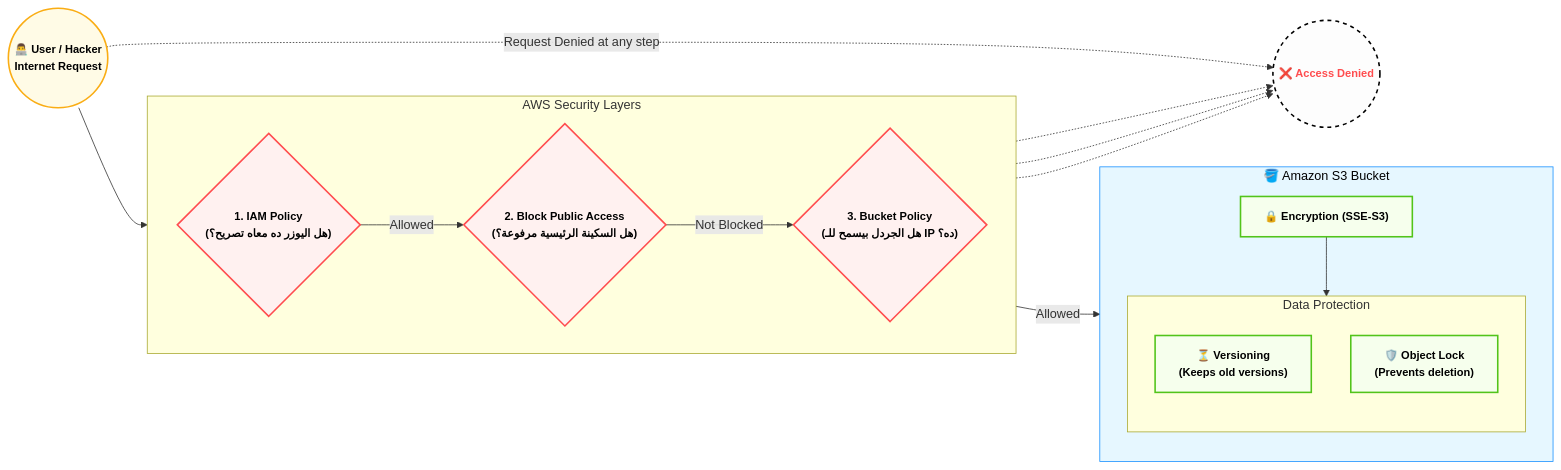
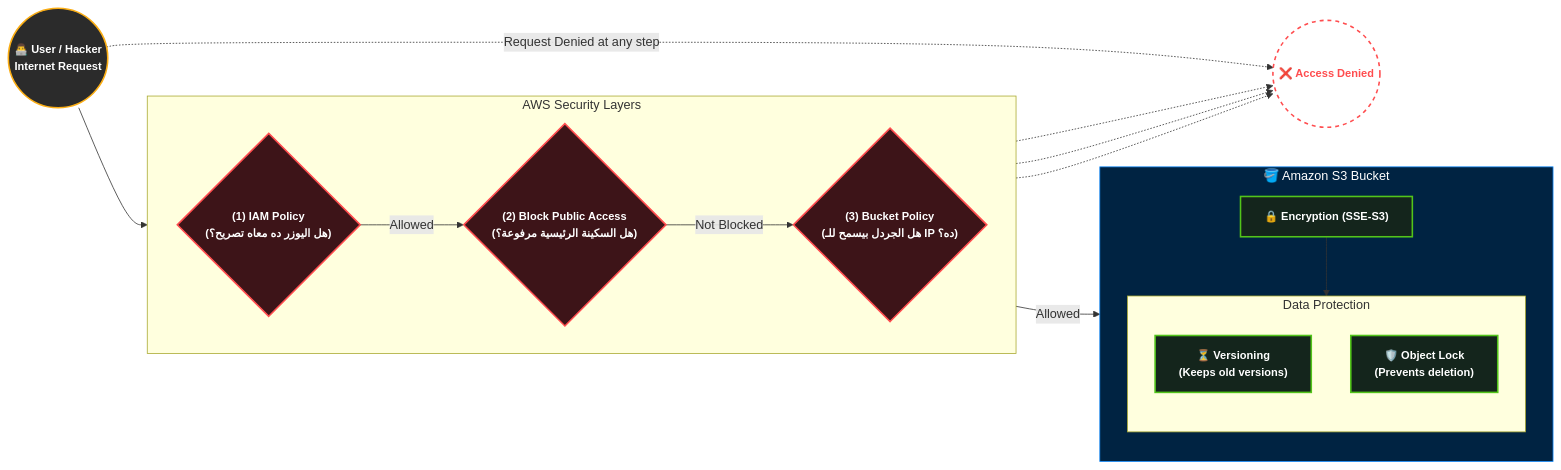
One commit to muhammad-khaled-tech/My-Study-Notes changed diagram 11 of 16 in Domain 3.md. Above: the diagram before and after it, drawn with Mermaid. The commit also changed 2 other files, not shown here.

Commit message:
vault backup: 2026-06-02 13:41:34

````diff
--- a/Domain 3.md
+++ b/Domain 3.md
@@ -1109,49 +1109,52 @@
 ```mermaid
 flowchart LR
+
     classDef default font-weight:bold,font-size:14px,stroke-width:2px;
-
-    User(("👨‍💻 User / Hacker</br>Internet Request"))
+    
+    User(("👨‍💻 User / Hacker<br>Internet Request"))
 
     subgraph AWS_Cloud ["AWS Security Layers"]
         direction LR
 
-        IAM{"1. IAM Policy</br>(هل اليوزر ده معاه تصريح؟)"}
-        BPA{"2. Block Public Access</br>(هل السكينة الرئيسية مرفوعة؟)"}
-        BP{"3. Bucket Policy</br>(هل الجردل بيسمح للـ IP ده؟)"}
+        IAM{"(1) IAM Policy<br>(هل اليوزر ده معاه تصريح؟)"}
+        BPA{"(2) Block Public Access<br>(هل السكينة الرئيسية مرفوعة؟)"}
+        BP{"(3) Bucket Policy<br>(هل الجردل بيسمح للـ IP ده؟)"}
     end
 
     subgraph S3_Bucket ["🪣 Amazon S3 Bucket"]
         direction TB
         
         Encrypt["🔒 Encryption (SSE-S3)"]
         
         subgraph Objects ["Data Protection"]
             direction TB
-            V["⏳ Versioning</br>(Keeps old versions)"]
-            WORM["🛡️ Object Lock</br>(Prevents deletion)"]
+            V["⏳ Versioning<br>(Keeps old versions)"]
+            WORM["🛡️ Object Lock<br>(Prevents deletion)"]
         end
         Encrypt --> Objects
     end
 
+    %% التوصيلات
     User --> IAM
     IAM -->|Allowed| BPA
     BPA -->|Not Blocked| BP
     BP -->|Allowed| S3_Bucket
 
     User -.->|Request Denied at any step| Blocked(("❌ Access Denied"))
     IAM -.-> Blocked
     BPA -.-> Blocked
     BP -.-> Blocked
 
-    classDef user fill:#fffbe6,stroke:#faad14,color:#000;
-    classDef security fill:#fff1f0,stroke:#ff4d4f,color:#000;
-    classDef bucket fill:#e6f7ff,stroke:#1890ff,color:#000;
-    classDef internal fill:#f6ffed,stroke:#52c41a,color:#000;
-    classDef block fill:#fdfdfd,stroke:#000,color:#ff4d4f,stroke-dasharray: 5 5;
+    %% ستايلات متوافقة مع المظهر الداكن (Dark Mode)
+    classDef user fill:#2b2b2b,stroke:#faad14,color:#fff;
+    classDef security fill:#3d1418,stroke:#ff4d4f,color:#fff;
+    classDef bucket fill:#002342,stroke:#1890ff,color:#fff;
+    classDef internal fill:#14251c,stroke:#52c41a,color:#fff;
+    classDef block fill:transparent,stroke:#ff4d4f,color:#ff4d4f,stroke-dasharray: 5 5;
 
     class User user;
     class IAM,BPA,BP security;
     class S3_Bucket bucket;
     class Encrypt,V,WORM internal;
     class Blocked block;
 ```
````
